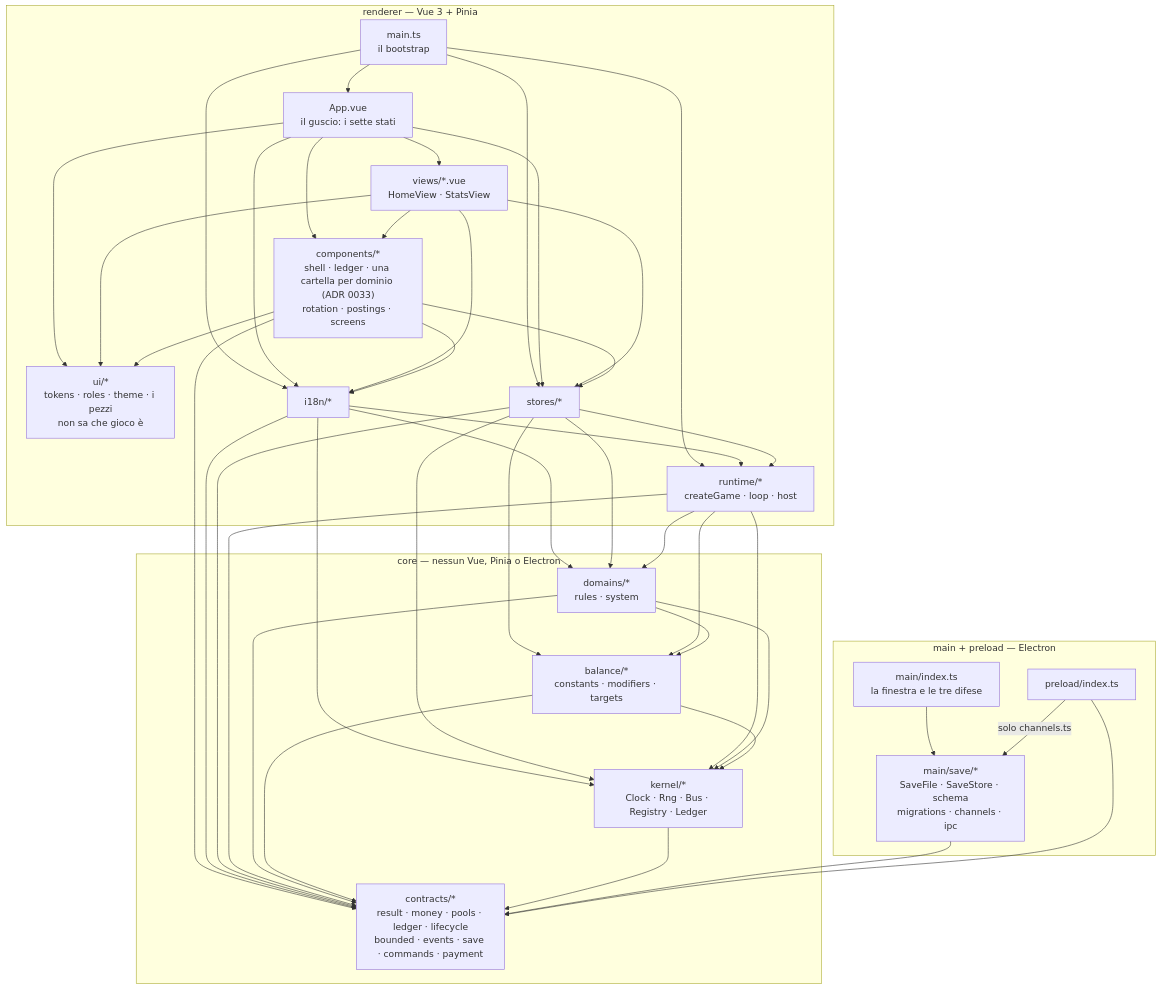
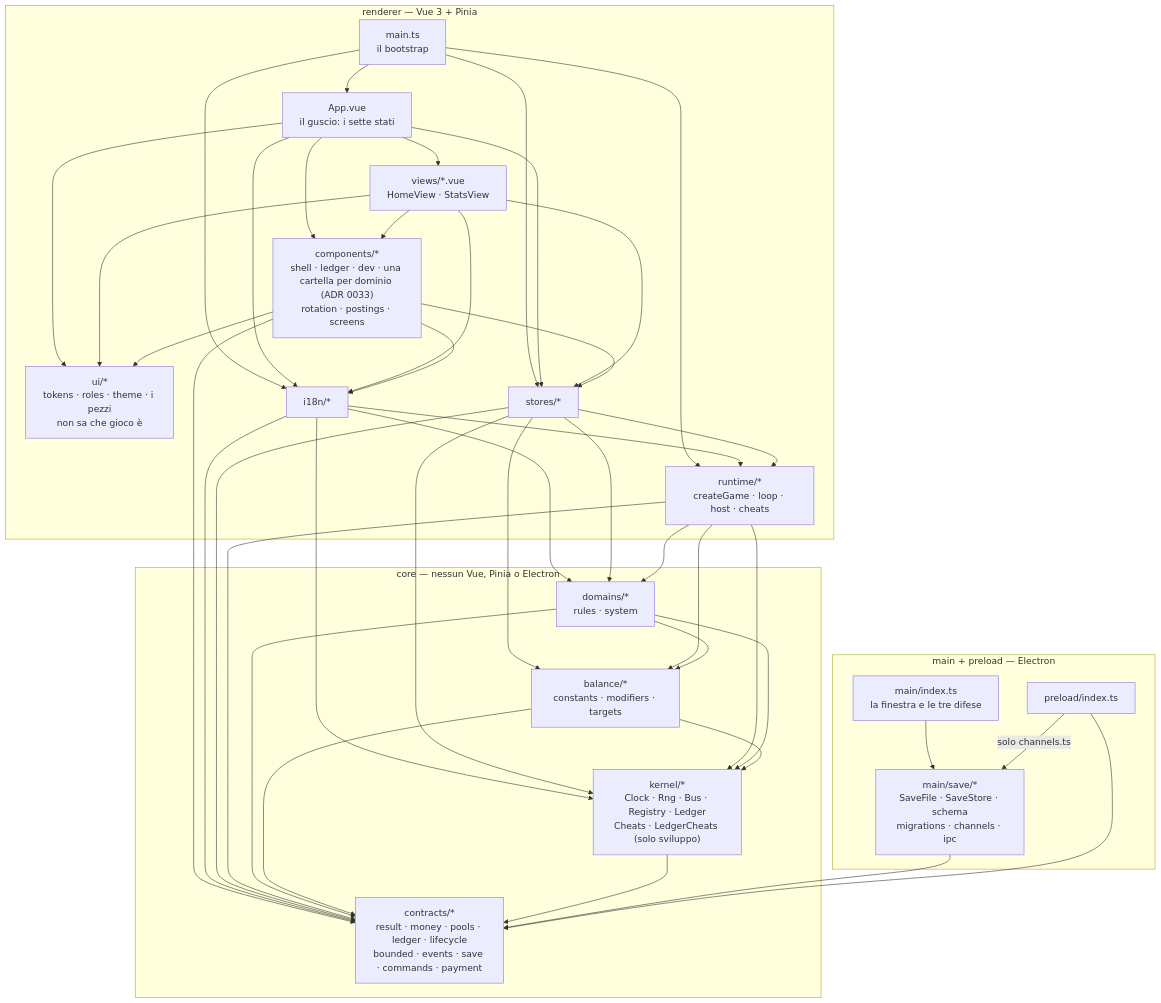
One commit to devfrx/solvent changed the diagram in docs/architettura.md. Above: the diagram before and after it, drawn with Mermaid. The commit also changed 25 other files, not shown here.

````diff
--- a/docs/architettura.md
+++ b/docs/architettura.md
@@ -14,67 +14,67 @@
 ```mermaid
 flowchart TD
   subgraph PLAT["main + preload — Electron"]
     MAIN["main/index.ts<br/>la finestra e le tre difese"]
     SAVE["main/save/*<br/>SaveFile · SaveStore · schema<br/>migrations · channels · ipc"]
     PRE["preload/index.ts"]
   end
 
   subgraph REND["renderer — Vue 3 + Pinia"]
     BOOT["main.ts<br/>il bootstrap"]
     APP["App.vue<br/>il guscio: i sette stati"]
     VIEWS["views/*.vue<br/>HomeView · StatsView"]
-    CMP["components/*<br/>shell · ledger · una cartella per dominio (ADR 0033)<br/>rotation · postings · screens"]
+    CMP["components/*<br/>shell · ledger · dev · una cartella per dominio (ADR 0033)<br/>rotation · postings · screens"]
     UI["ui/*<br/>tokens · roles · theme · i pezzi<br/>non sa che gioco è"]
     I18N["i18n/*"]
     ST["stores/*"]
-    RT["runtime/*<br/>createGame · loop · host"]
+    RT["runtime/*<br/>createGame · loop · host · cheats"]
   end
 
   subgraph CORE["core — nessun Vue, Pinia o Electron"]
     DOM["domains/*<br/>rules · system"]
     BAL["balance/*<br/>constants · modifiers · targets"]
-    KER["kernel/*<br/>Clock · Rng · Bus · Registry · Ledger"]
+    KER["kernel/*<br/>Clock · Rng · Bus · Registry · Ledger<br/>Cheats · LedgerCheats (solo sviluppo)"]
     CON["contracts/*<br/>result · money · pools · ledger · lifecycle<br/>bounded · events · save · commands · payment"]
   end
 
   BOOT --> APP
   BOOT --> ST
   BOOT --> RT
   BOOT --> I18N
   APP --> VIEWS
   APP --> CMP
   APP --> ST
   APP --> I18N
   VIEWS --> CMP
   VIEWS --> ST
   VIEWS --> I18N
   CMP --> ST
   CMP --> I18N
   APP --> UI
   VIEWS --> UI
   CMP --> UI
   CMP --> CON
   I18N --> CON
   I18N --> DOM
   I18N --> KER
   I18N --> RT
   ST  --> RT
   ST  --> DOM
   ST  --> KER
   ST  --> BAL
   ST  --> CON
   RT  --> DOM
   RT  --> KER
   RT  --> BAL
   RT  --> CON
   DOM --> BAL
   DOM --> KER
   DOM --> CON
   BAL --> KER
   BAL --> CON
   KER --> CON
   MAIN --> SAVE
   SAVE --> CON
   PRE --> CON
   PRE -->|solo channels.ts| SAVE
 ```
````
